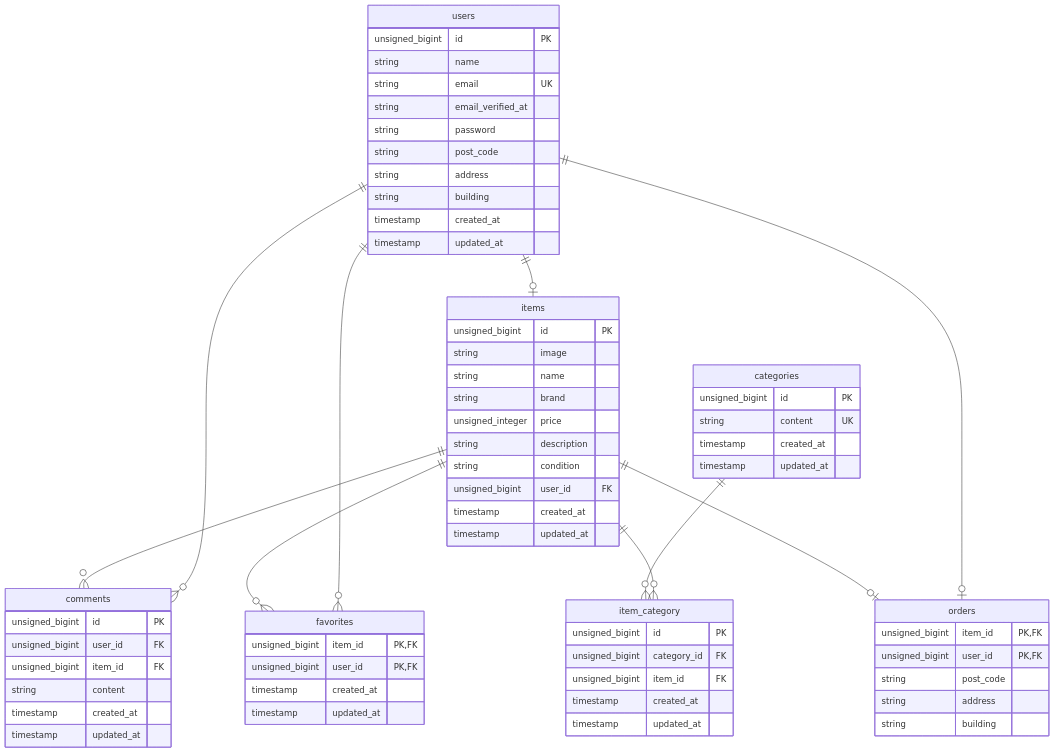
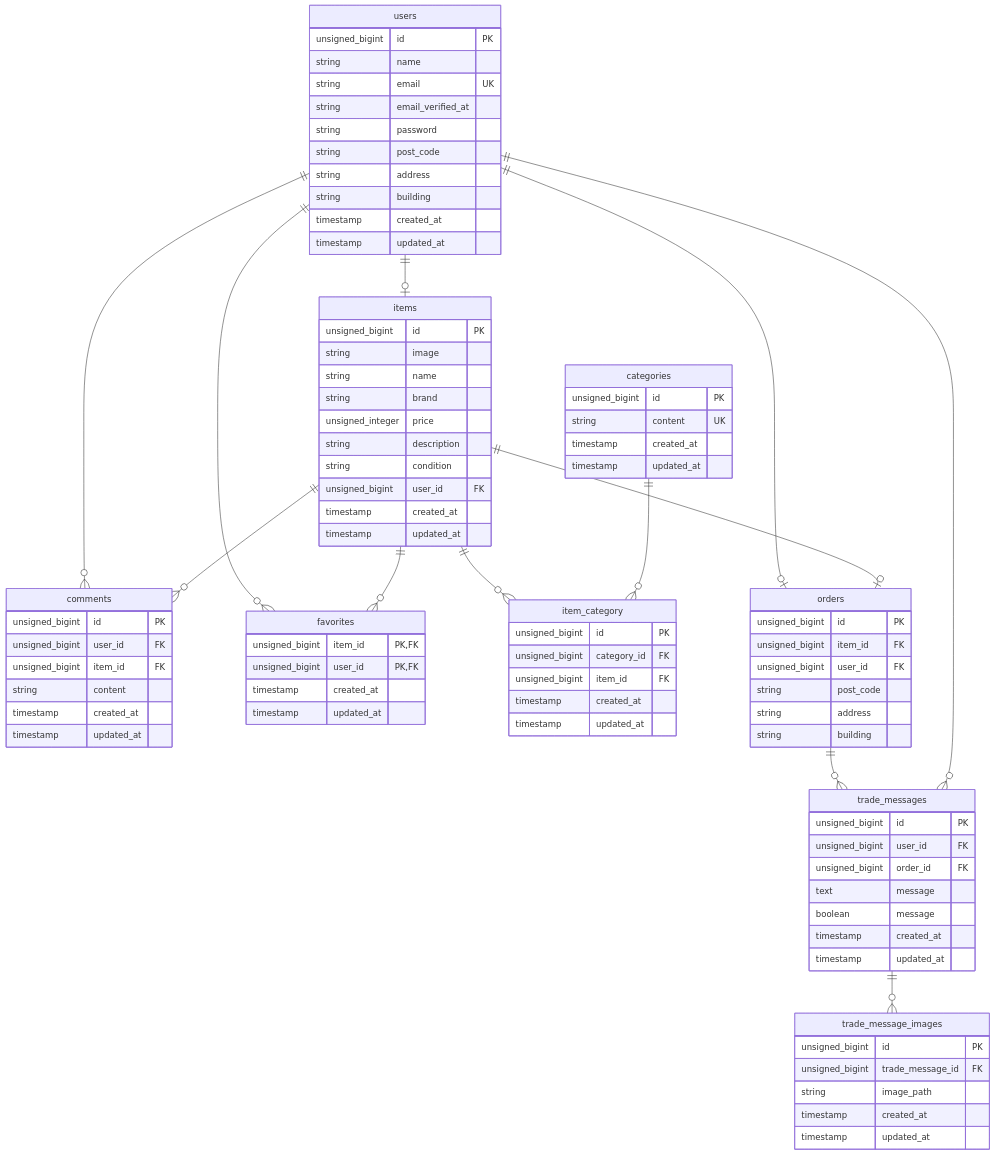
The diagram in ER.md (itoro967/FreeMarketApp), drawn with Mermaid before and after one commit. The commit also changed 39 other files, not shown here.

````diff
--- a/ER.md
+++ b/ER.md
@@ -14,6 +14,10 @@
 
 items||--o|orders:""
 users||--o|orders:""
+
+users||--o{trade_messages:""
+orders||--o{trade_messages:""
+trade_messages||--o{trade_message_images:""
 
 users{
   unsigned_bigint id PK
@@ -67,10 +71,28 @@
   timestamp updated_at
 }
 orders{
-  unsigned_bigint item_id PK,FK
-  unsigned_bigint user_id PK,FK
+  unsigned_bigint id PK
+  unsigned_bigint item_id FK
+  unsigned_bigint user_id FK
   string post_code
   string address
   string building
 }
+trade_messages{
+  unsigned_bigint id PK
+  unsigned_bigint user_id FK
+  unsigned_bigint order_id FK
+  text message
+  boolean message
+  timestamp created_at
+  timestamp updated_at
+}
+trade_message_images{
+  unsigned_bigint id PK
+  unsigned_bigint trade_message_id FK
+  string image_path
+  timestamp created_at
+  timestamp updated_at
+}
+
 ```
````
